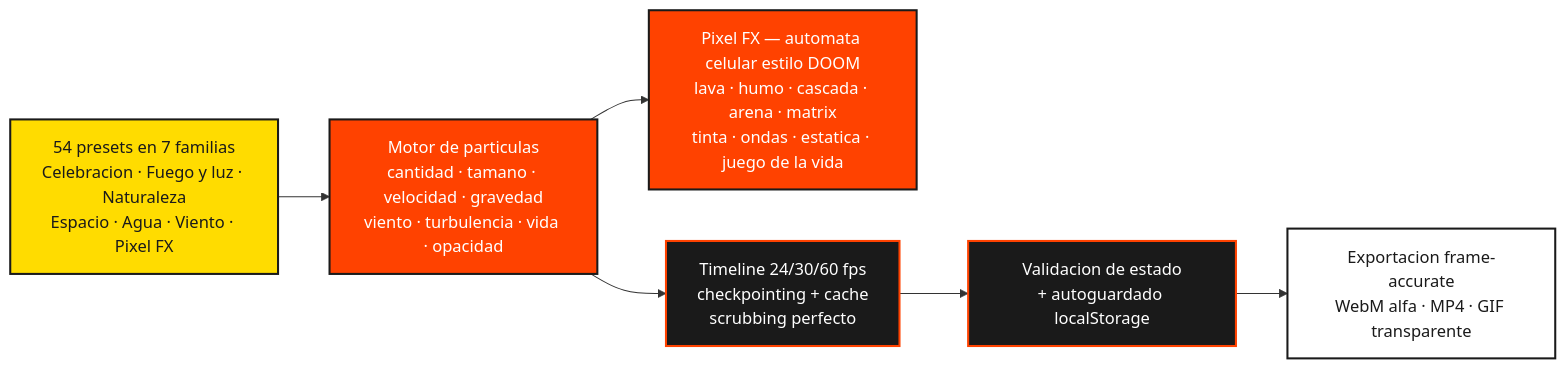
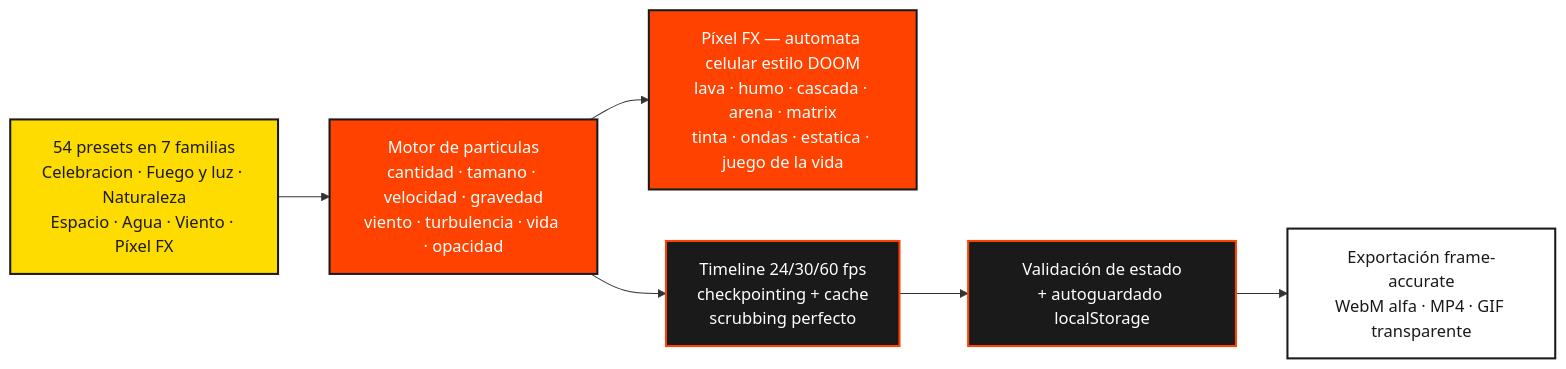
One commit to freeanimationpower/FREE-PARTICLE-FX changed the diagram in README.md. Above: the diagram before and after it, drawn with Mermaid. The commit also changed other lines of this file, not shown here.

````diff
--- a/README.md
+++ b/README.md
@@ -31,16 +31,16 @@
 ```mermaid
 flowchart LR
     classDef ui fill:#ffdc00,stroke:#1a1a1a,color:#1a1a1a,stroke-width:2px;
     classDef engine fill:#ff4200,stroke:#1a1a1a,color:#ffffff,stroke-width:2px;
     classDef data fill:#1a1a1a,stroke:#ff4200,color:#ffffff,stroke-width:2px;
     classDef ext fill:#ffffff,stroke:#1a1a1a,color:#1a1a1a,stroke-width:2px;
-        PRE["54 presets en 7 familias<br/>Celebracion · Fuego y luz · Naturaleza<br/>Espacio · Agua · Viento · Pixel FX"] --> ENG["Motor de particulas<br/>cantidad · tamano · velocidad · gravedad<br/>viento · turbulencia · vida · opacidad"]
-        ENG --> CA["Pixel FX — automata celular estilo DOOM<br/>lava · humo · cascada · arena · matrix<br/>tinta · ondas · estatica · juego de la vida"]
+        PRE["54 presets en 7 familias<br/>Celebracion · Fuego y luz · Naturaleza<br/>Espacio · Agua · Viento · Píxel FX"] --> ENG["Motor de particulas<br/>cantidad · tamano · velocidad · gravedad<br/>viento · turbulencia · vida · opacidad"]
+        ENG --> CA["Píxel FX — automata celular estilo DOOM<br/>lava · humo · cascada · arena · matrix<br/>tinta · ondas · estatica · juego de la vida"]
         ENG --> TIM["Timeline 24/30/60 fps<br/>checkpointing + cache<br/>scrubbing perfecto"]
-        TIM --> VAL["Validacion de estado<br/>+ autoguardado localStorage"]
-        VAL --> EXP["Exportacion frame-accurate<br/>WebM alfa · MP4 · GIF transparente"]
+        TIM --> VAL["Validación de estado<br/>+ autoguardado localStorage"]
+        VAL --> EXP["Exportación frame-accurate<br/>WebM alfa · MP4 · GIF transparente"]
         class PRE ui
         class ENG,CA engine
         class TIM,VAL data
         class EXP ext
 ```
````
